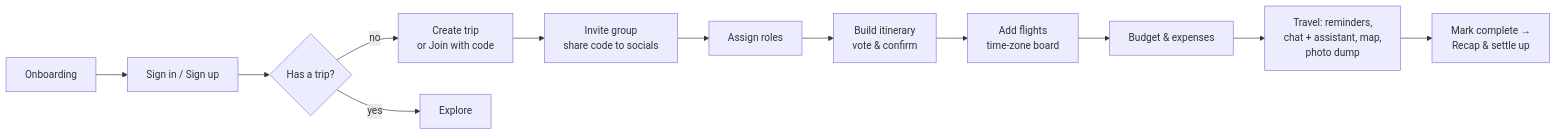
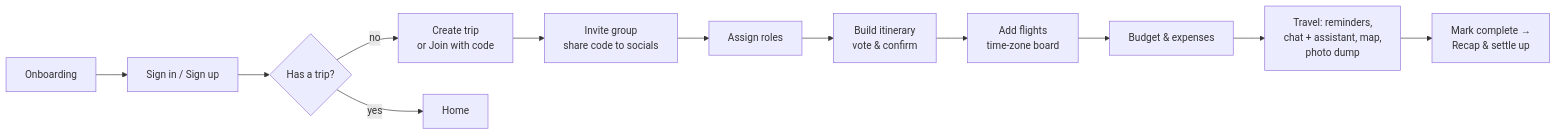
Before and after one commit to Zikobob/Stock-research: the first of 4 diagrams in together-we-go/docs/PLANNING.md, drawn with Mermaid. The commit also changed other lines of this file and 88 other files, not shown here.

````diff
--- a/together-we-go/docs/PLANNING.md
+++ b/together-we-go/docs/PLANNING.md
@@ -17,14 +17,14 @@
 ```mermaid
 flowchart LR
   A[Onboarding] --> B[Sign in / Sign up]
   B --> C{Has a trip?}
   C -- no --> D[Create trip<br/>or Join with code]
-  C -- yes --> E[Explore]
+  C -- yes --> E[Home]
   D --> F[Invite group<br/>share code to socials]
   F --> G[Assign roles]
   G --> H[Build itinerary<br/>vote & confirm]
   H --> I[Add flights<br/>time-zone board]
   I --> J[Budget & expenses]
   J --> K[Travel: reminders,<br/>chat + assistant, map,<br/>photo dump]
   K --> L[Mark complete →<br/>Recap & settle up]
 ```
````
